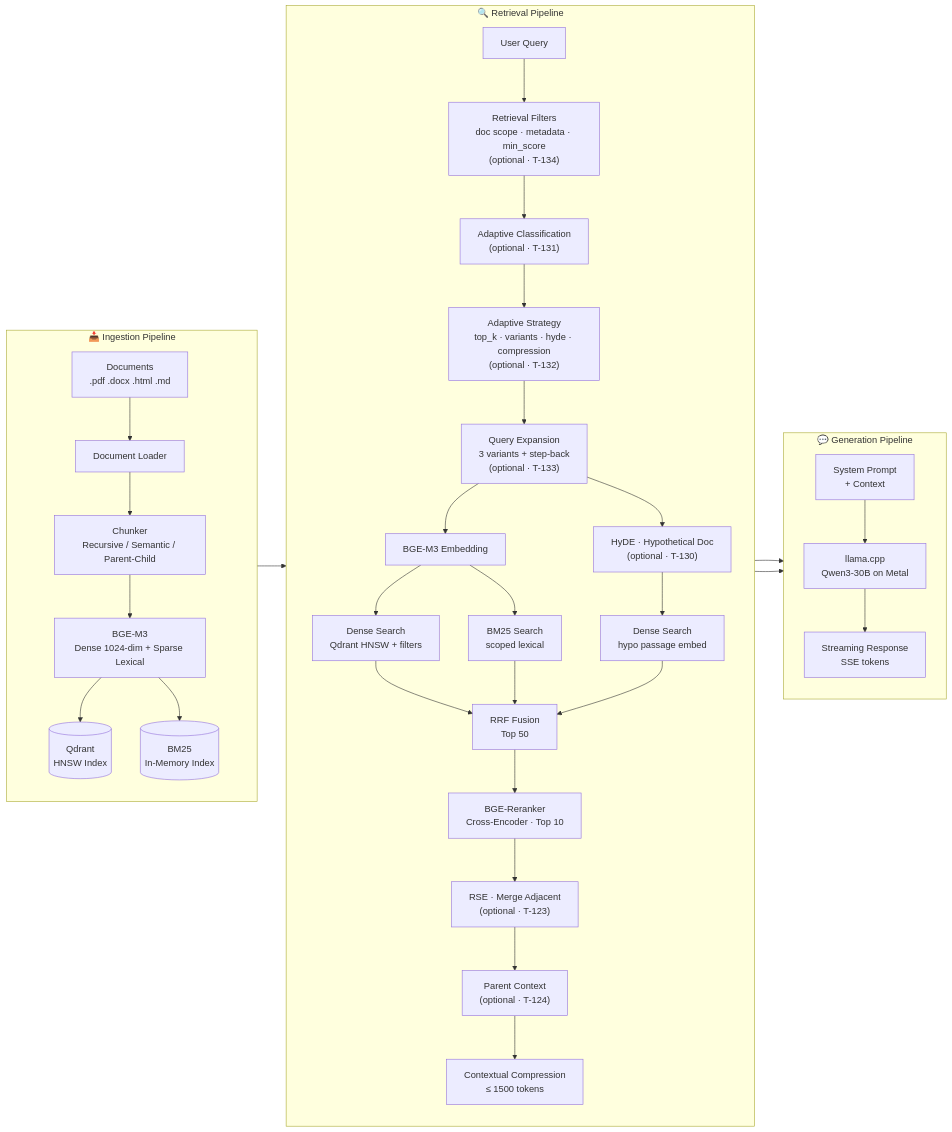
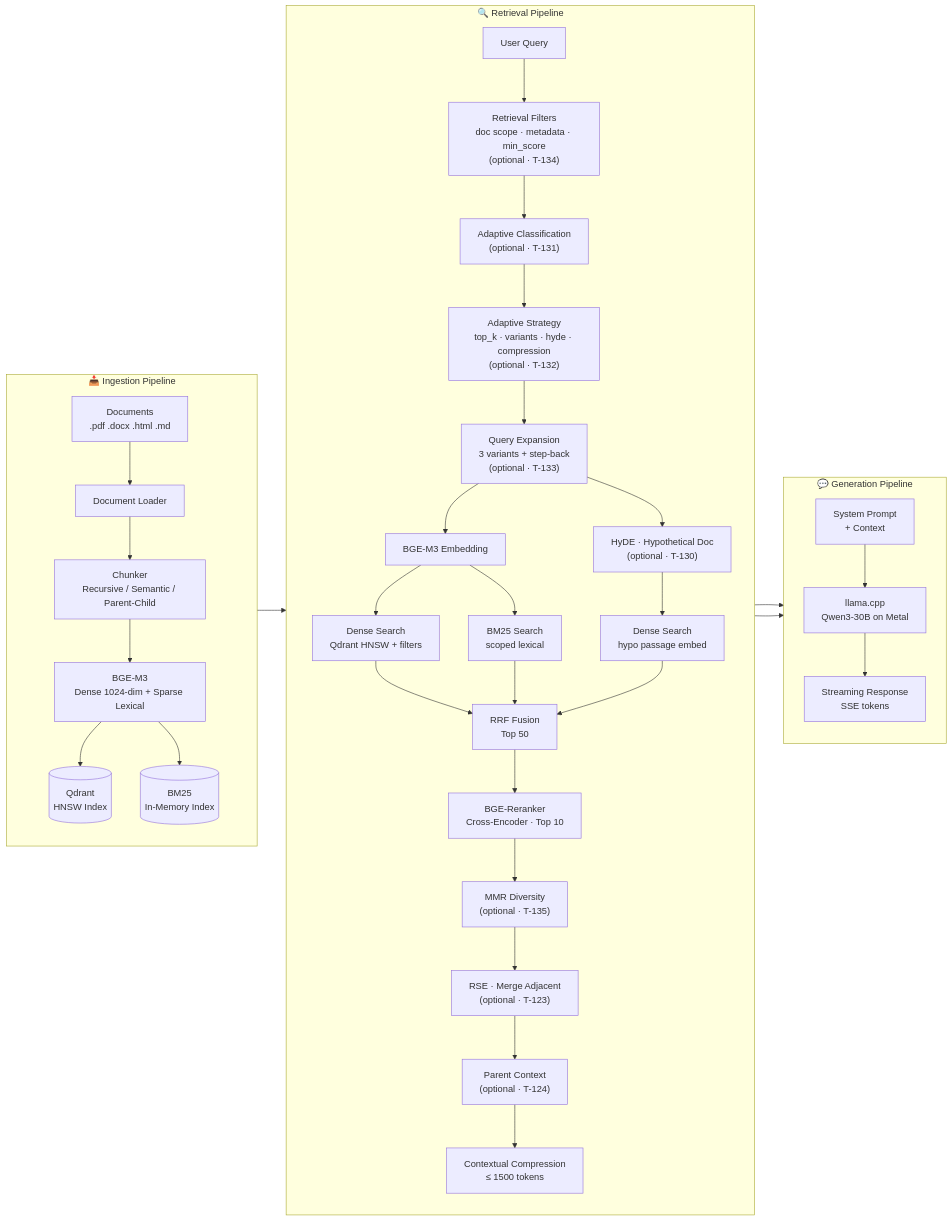
Before and after one commit to ealbertoav/rag_platform: the first of 10 diagrams in README.md, drawn with Mermaid. The commit also changed other lines of this file and 12 other files, not shown here.

First line of the commit message:
feat: add MMR diversity retrieval for enhanced chunk re-ranking

````diff
--- a/README.md
+++ b/README.md
@@ -47,41 +49,42 @@
 ```mermaid
 flowchart LR
     subgraph INGEST["📥 Ingestion Pipeline"]
         direction TB
         D["Documents<br/>.pdf .docx .html .md"] --> L[Document Loader]
         L --> C["Chunker<br/>Recursive / Semantic / Parent-Child"]
         C --> E["BGE-M3<br/>Dense 1024-dim + Sparse Lexical"]
         E --> Q[("Qdrant<br/>HNSW Index")]
         E --> B[("BM25<br/>In-Memory Index")]
     end
 
     subgraph RETRIEVE["🔍 Retrieval Pipeline"]
         direction TB
         QX["User Query"] --> FILT["Retrieval Filters<br/>doc scope · metadata · min_score<br/>(optional · T-134)"]
         FILT --> ADAPT["Adaptive Classification<br/>(optional · T-131)"]
         ADAPT --> STRAT["Adaptive Strategy<br/>top_k · variants · hyde · compression<br/>(optional · T-132)"]
         STRAT --> EXP["Query Expansion<br/>3 variants + step-back<br/>(optional · T-133)"]
         EXP --> EM[BGE-M3 Embedding]
         EXP --> HYDE["HyDE · Hypothetical Doc<br/>(optional · T-130)"]
         HYDE --> DS2["Dense Search<br/>hypo passage embed"]
         EM --> DS["Dense Search<br/>Qdrant HNSW + filters"]
         EM --> BS["BM25 Search<br/>scoped lexical"]
         DS --> RF["RRF Fusion<br/>Top 50"]
         DS2 --> RF
         BS --> RF
         RF --> RR["BGE-Reranker<br/>Cross-Encoder · Top 10"]
-        RR --> RSE["RSE · Merge Adjacent<br/>(optional · T-123)"]
+        RR --> DIV["MMR Diversity<br/>(optional · T-135)"]
+        DIV --> RSE["RSE · Merge Adjacent<br/>(optional · T-123)"]
         RSE --> PC["Parent Context<br/>(optional · T-124)"]
         PC --> CC["Contextual Compression<br/>≤ 1500 tokens"]
     end
 
     subgraph GENERATE["💬 Generation Pipeline"]
         direction TB
         CC --> PR["System Prompt<br/>+ Context"]
         PR --> LLM["llama.cpp<br/>Qwen3-30B on Metal"]
         LLM --> SSE["Streaming Response<br/>SSE tokens"]
     end
 
     INGEST --> RETRIEVE
     RETRIEVE --> GENERATE
 ```
````
